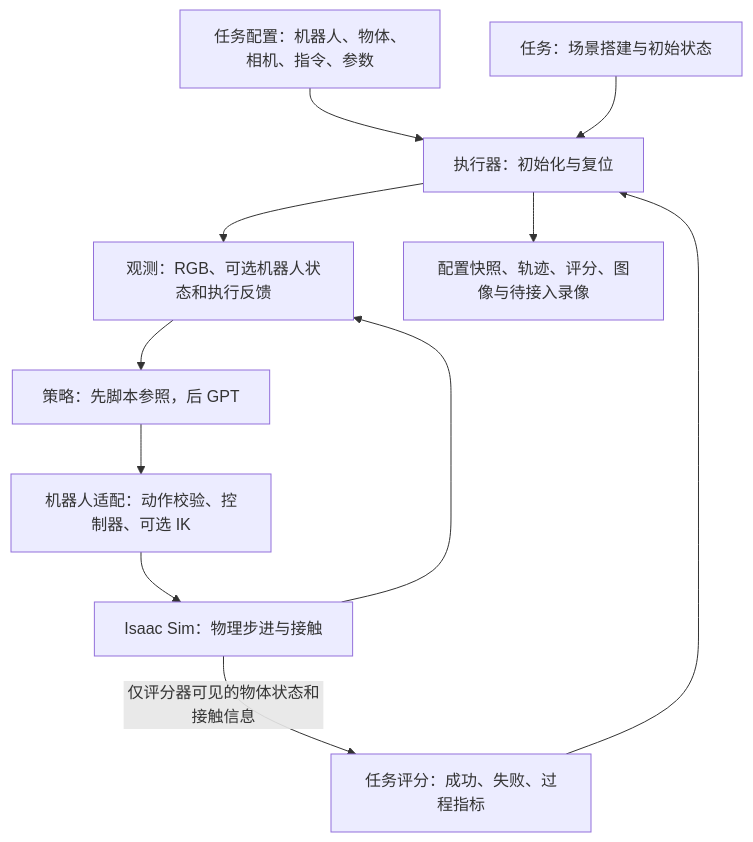
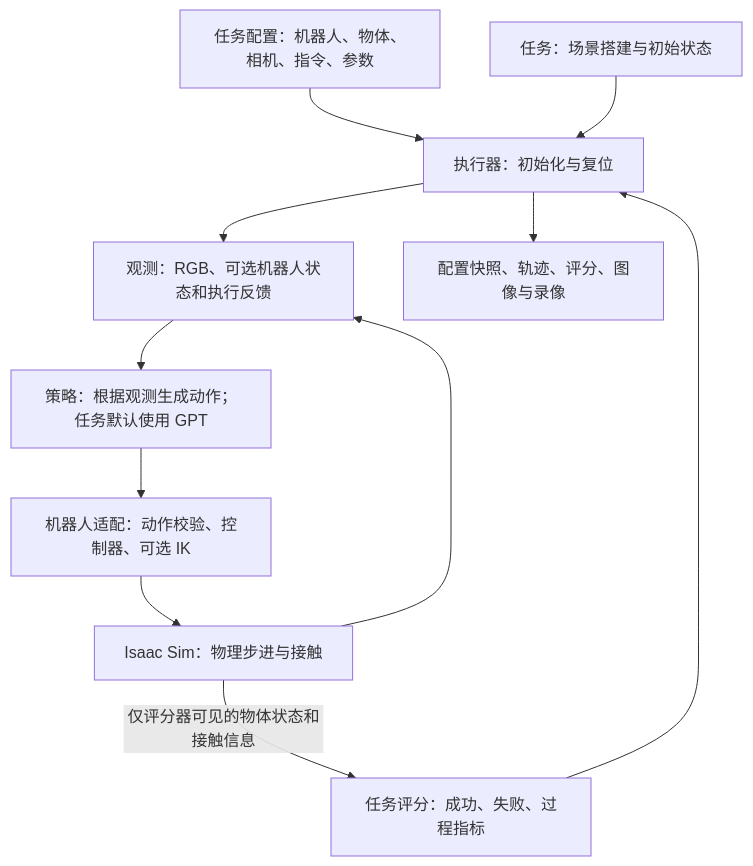
Before and after one commit to PhysLadder-Benchmark/PhysLadder: the diagram in README.md, drawn with Mermaid. The commit also changed other lines of this file and 30 other files, not shown here.

````diff
--- a/README.md
+++ b/README.md
@@ -331,13 +382,13 @@
 ```mermaid
 flowchart TD
     C[任务配置：机器人、物体、相机、指令、参数] --> R[执行器：初始化与复位]
     T[任务：场景搭建与初始状态] --> R
     R --> O[观测：RGB、可选机器人状态和执行反馈]
-    O --> P[策略：先脚本参照，后 GPT]
+    O --> P[策略：根据观测生成动作；任务默认使用 GPT]
     P --> A[机器人适配：动作校验、控制器、可选 IK]
     A --> S[Isaac Sim：物理步进与接触]
     S --> O
     S -->|仅评分器可见的物体状态和接触信息| E[任务评分：成功、失败、过程指标]
     E --> R
-    R --> L[配置快照、轨迹、评分、图像与待接入录像]
+    R --> L[配置快照、轨迹、评分、图像与录像]
 ```
````
